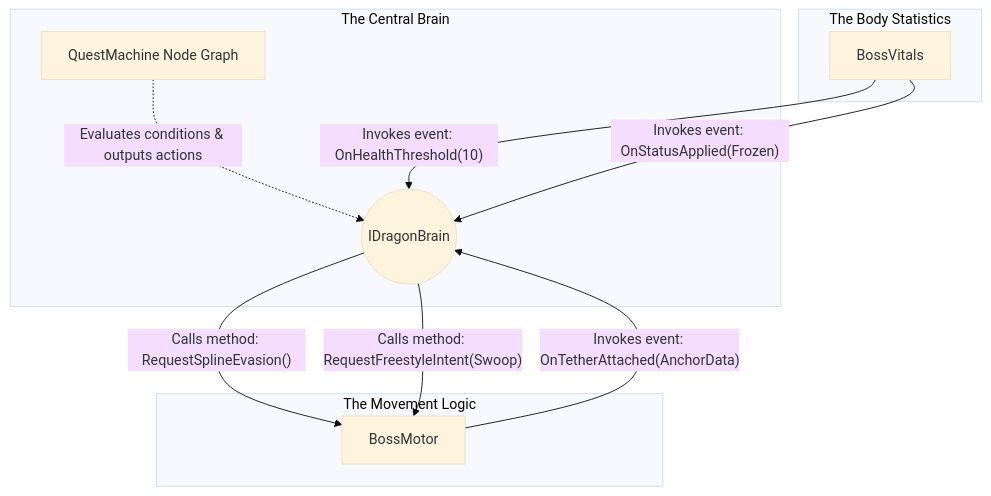
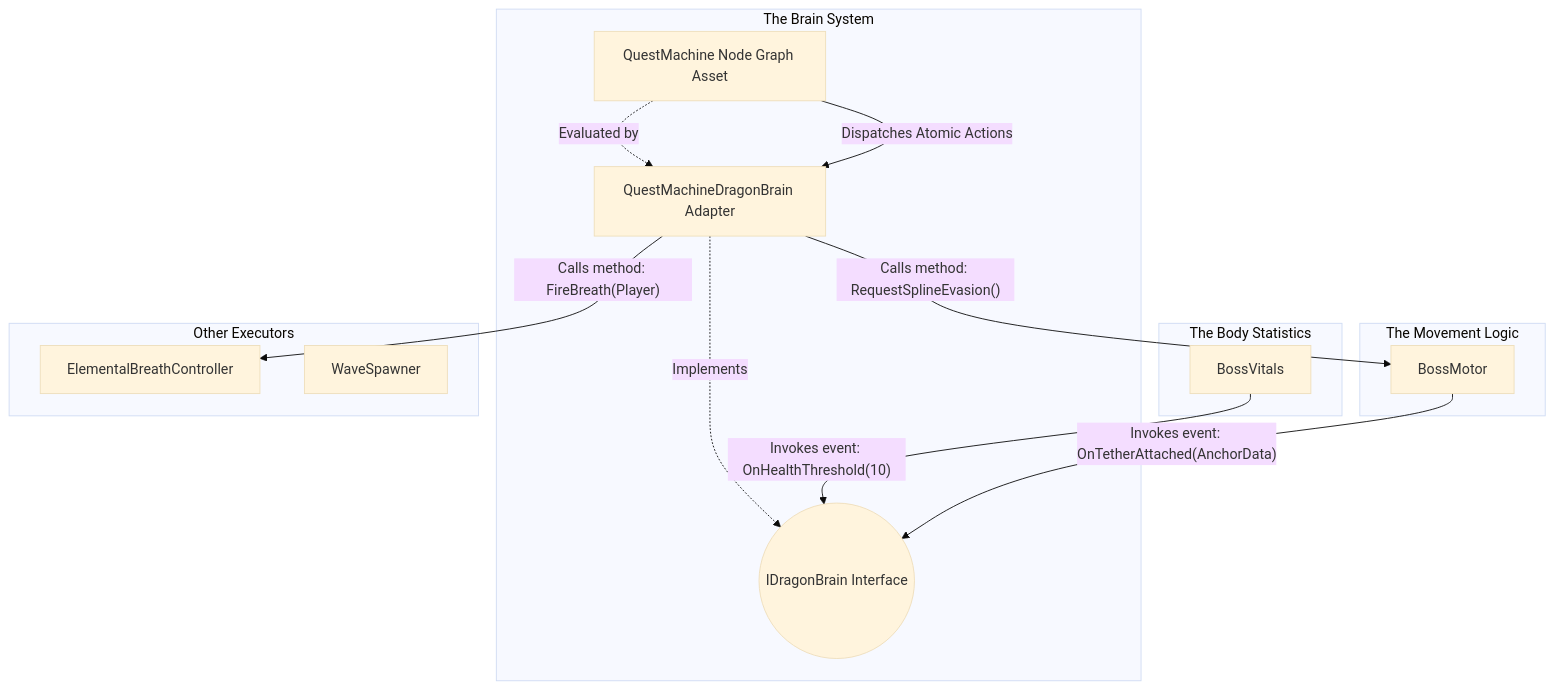
Before and after one commit to NatalieC001/dragonDump: the diagram in Quest_Machine_Dragon_Brain_Docs.md, drawn with Mermaid (base theme). The commit also changed other lines of this file, not shown here.

First line of the commit message:
Decouple Dragon AI logic and restructure components

````diff
--- a/Quest_Machine_Dragon_Brain_Docs.md
+++ b/Quest_Machine_Dragon_Brain_Docs.md
@@ -50,24 +48,30 @@
 ```mermaid
 graph TD
     subgraph The Body Statistics
         BV[BossVitals]
     end
 
-    subgraph The Central Brain
-        IDB((IDragonBrain))
-        QMB[QuestMachine Node Graph] -.->|Evaluates conditions & outputs actions| IDB
+    subgraph The Brain System
+        IDB((IDragonBrain Interface))
+        QMB[QuestMachineDragonBrain Adapter] -.->|Implements| IDB
+        QMN[QuestMachine Node Graph Asset] -.->|Evaluated by| QMB
     end
 
     subgraph The Movement Logic
         ABM[BossMotor]
     end
+    
+    subgraph Other Executors
+        EBC[ElementalBreathController]
+        SPW[WaveSpawner]
+    end
 
     %% Sensor Reporting
     BV -- Invokes event: OnHealthThreshold(10) --> IDB
-    BV -- Invokes event: OnStatusApplied(Frozen) --> IDB
     ABM -- Invokes event: OnTetherAttached(AnchorData) --> IDB
     
     %% Brain Orchestration Commands
-    IDB -- Calls method: RequestSplineEvasion() --> ABM
-    IDB -- Calls method: RequestFreestyleIntent(Swoop) --> ABM
+    QMN -- Dispatches Atomic Actions --> QMB
+    QMB -- Calls method: RequestSplineEvasion() --> ABM
+    QMB -- Calls method: FireBreath(Player) --> EBC
 ```
````
